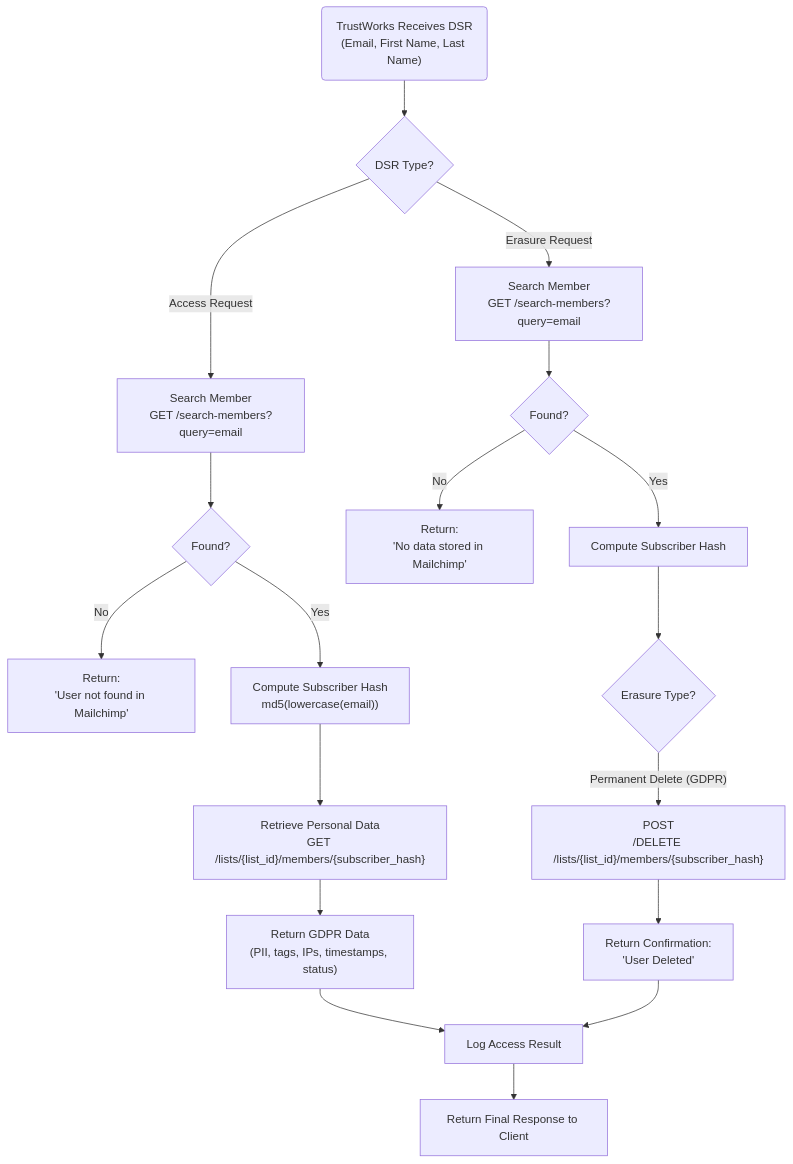
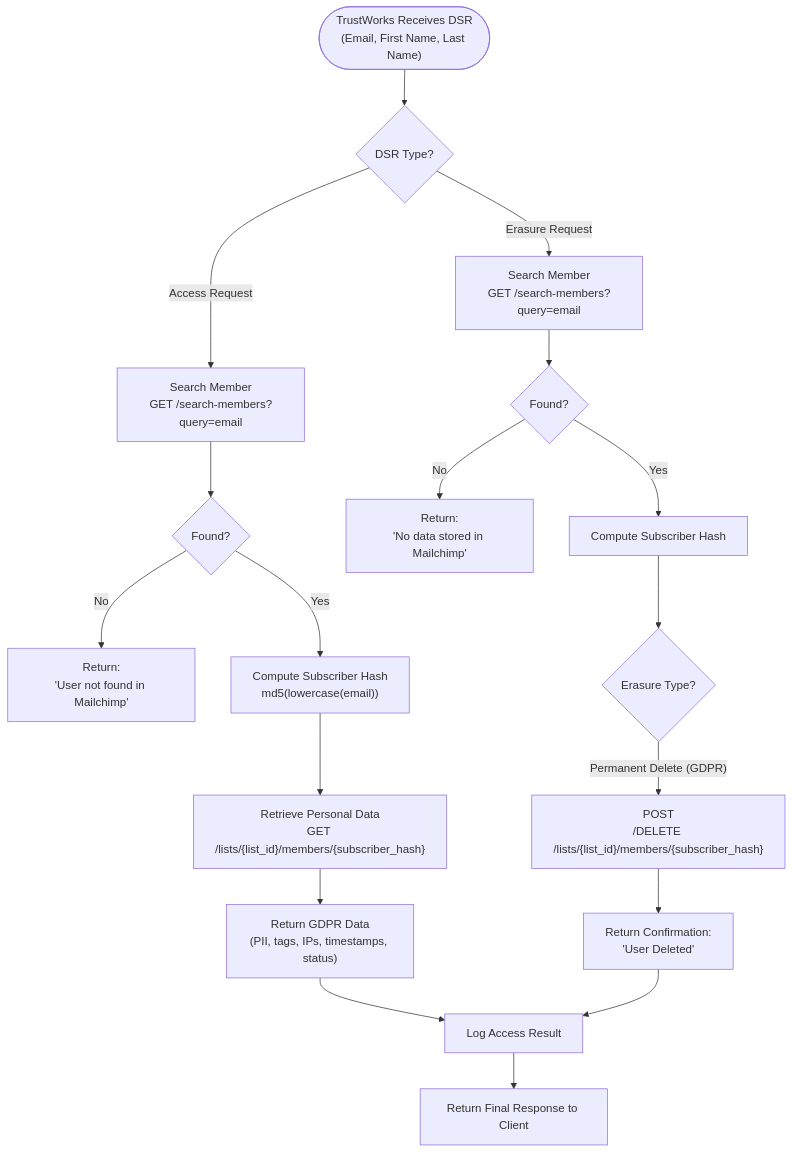
One commit to pratah/mailchimp-api changed the diagram in recruitment-assignment.md. Above: the diagram before and after it, drawn with Mermaid.

````diff
--- a/recruitment-assignment.md
+++ b/recruitment-assignment.md
@@ -27,26 +27,26 @@
 ```mermaid
 flowchart TD
-    A("TrustWorks Receives DSR<br/>(Email, First Name, Last Name)") --> B{"DSR Type?"}
+    A(["TrustWorks Receives DSR<br/>(Email, First Name, Last Name)"]) --> B{"DSR Type?"}
     
     %% Access Request Path
     B -->|"Access Request"| C["Search Member<br/>GET /search-members?query=email"]
     C --> D{"Found?"}
     D -->|"No"| E["Return:<br/>'User not found in Mailchimp'"]
     D -->|"Yes"| F["Compute Subscriber Hash<br/>md5(lowercase(email))"]
     F --> G["Retrieve Personal Data<br/>GET /lists/{list_id}/members/{subscriber_hash}"]
     G --> H["Return GDPR Data<br/>(PII, tags, IPs, timestamps, status)"]
     
     %% Erasure Request Path
     B -->|"Erasure Request"| I["Search Member<br/>GET /search-members?query=email"]
     I --> J{"Found?"}
     J -->|"No"| K["Return:<br/>'No data stored in Mailchimp'"]
     J -->|"Yes"| L["Compute Subscriber Hash"]
     L --> M{"Erasure Type?"}
     M -->|"Permanent Delete (GDPR)"| N["POST<br/>/DELETE /lists/{list_id}/members/{subscriber_hash}"]
     N --> O["Return Confirmation:<br/>'User Deleted'"]
     
     %% Logs
     H --> R["Log Access Result"]
     O --> R
     R --> S["Return Final Response to Client"]
 ```
````
